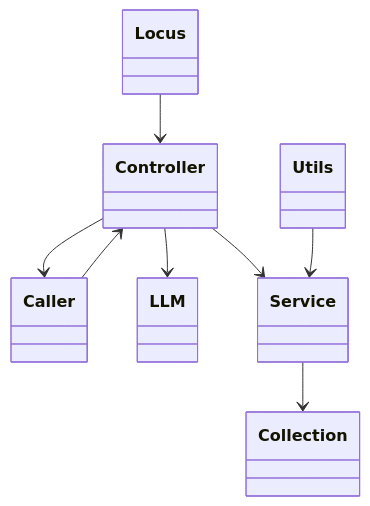
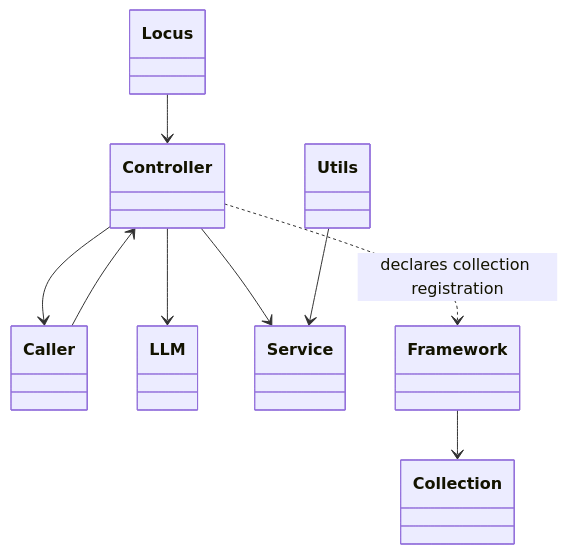
Before and after one commit to webex/webex-js-sdk: the fourth of 5 diagrams in packages/@webex/plugin-meetings/src/webinar/ai-docs/webinar-spec.md, drawn with Mermaid. The commit also changed other lines of this file and 24 other files, not shown here.

````diff
--- a/packages/@webex/plugin-meetings/src/webinar/ai-docs/webinar-spec.md
+++ b/packages/@webex/plugin-meetings/src/webinar/ai-docs/webinar-spec.md
@@ -155,17 +161,18 @@
 ```mermaid
 classDiagram
   class Locus
   class Controller
   class Caller
   class LLM
   class Service
   class Collection
   class Utils
   Locus --> Controller
   Caller --> Controller
   Controller --> LLM
   Controller --> Service
-  Service --> Collection
+  Framework --> Collection
+  Controller ..> Framework : declares collection registration
   Utils --> Service
   Controller --> Caller
 ```
````
